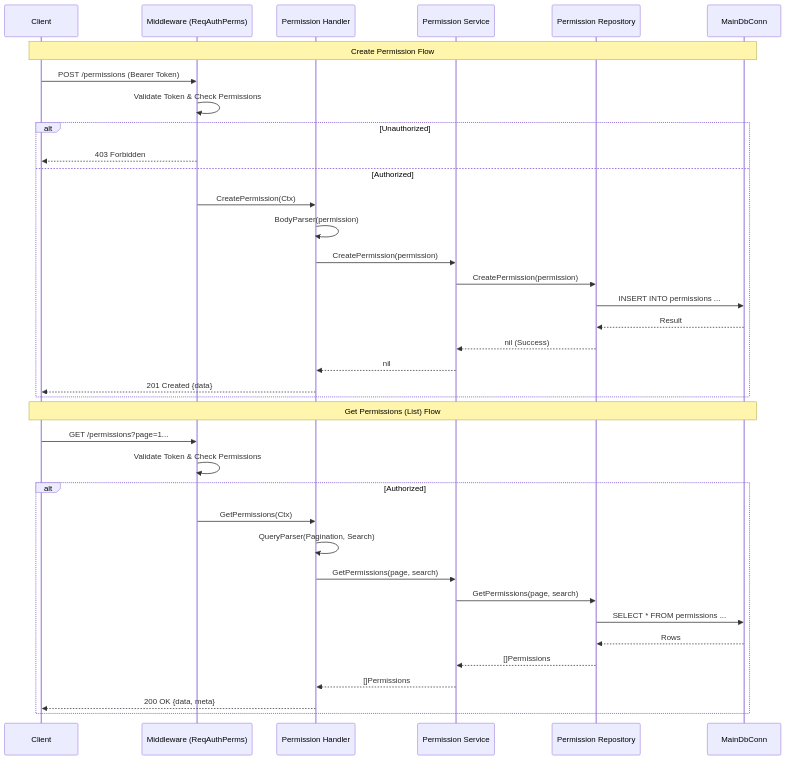
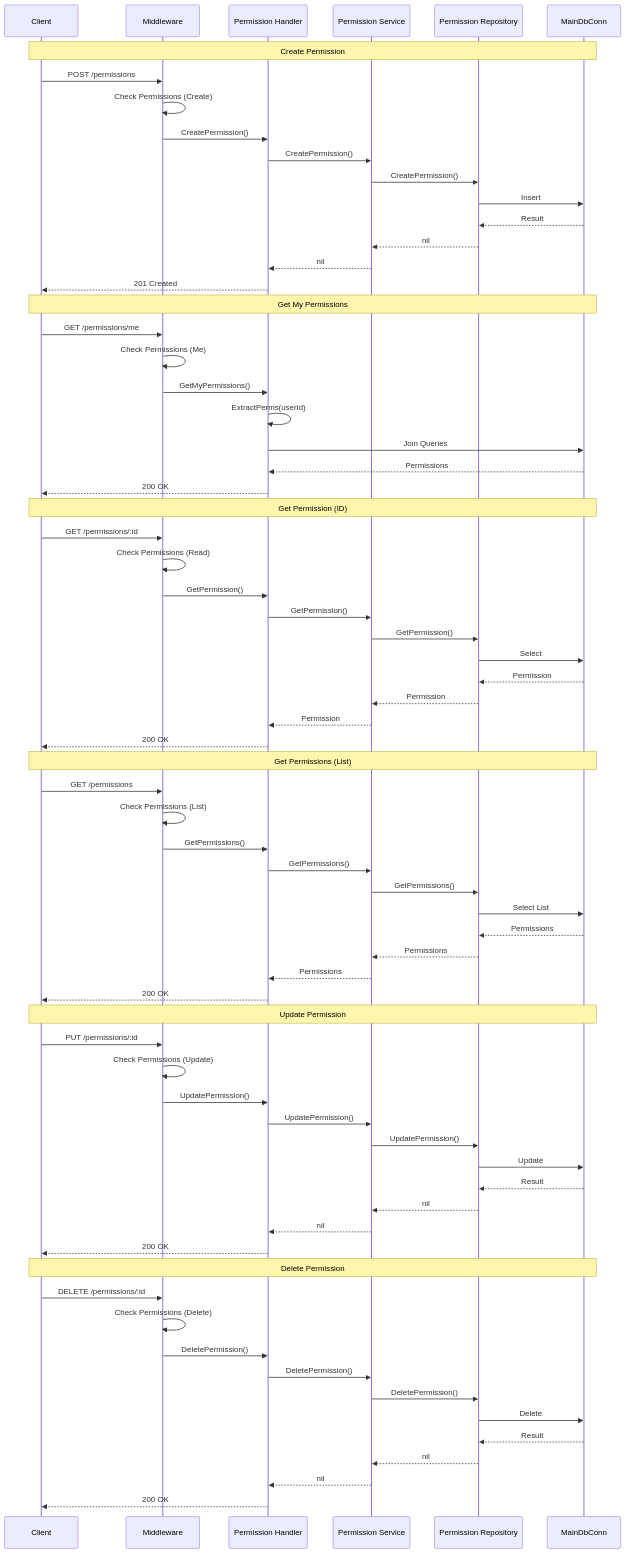
Before and after one commit to ChangerzaryX1602/sysware-test: the diagram in flow/permission_flow.md, drawn with Mermaid. The commit also changed 4 other files, not shown here.

Commit message:
feat: Add comprehensive CRUD sequence diagrams for roles, role permissions, and permissions, standardize flow structure, and introduce a new preview file.

````diff
--- a/flow/permission_flow.md
+++ b/flow/permission_flow.md
@@ -1,41 +1,78 @@
 ```mermaid
 sequenceDiagram
     participant Client
-    participant MW as Middleware (ReqAuthPerms)
+    participant MW as Middleware
     participant H as Permission Handler
     participant S as Permission Service
     participant R as Permission Repository
     participant DB as MainDbConn
 
-    note over Client, DB: Create Permission Flow
-    Client->>MW: POST /permissions (Bearer Token)
-    MW->>MW: Validate Token & Check Permissions
-    alt Unauthorized
-        MW-->>Client: 403 Forbidden
-    else Authorized
-        MW->>H: CreatePermission(Ctx)
-        H->>H: BodyParser(permission)
-        H->>S: CreatePermission(permission)
-        S->>R: CreatePermission(permission)
-        R->>DB: INSERT INTO permissions ...
-        DB-->>R: Result
-        R-->>S: nil (Success)
-        S-->>H: nil
-        H-->>Client: 201 Created {data}
-    end
+    note over Client, DB: Create Permission
+    Client->>MW: POST /permissions
+    MW->>MW: Check Permissions (Create)
+    MW->>H: CreatePermission()
+    H->>S: CreatePermission()
+    S->>R: CreatePermission()
+    R->>DB: Insert
+    DB-->>R: Result
+    R-->>S: nil
+    S-->>H: nil
+    H-->>Client: 201 Created
 
-    note over Client, DB: Get Permissions (List) Flow
-    Client->>MW: GET /permissions?page=1...
-    MW->>MW: Validate Token & Check Permissions
-    alt Authorized
-        MW->>H: GetPermissions(Ctx)
-        H->>H: QueryParser(Pagination, Search)
-        H->>S: GetPermissions(page, search)
-        S->>R: GetPermissions(page, search)
-        R->>DB: SELECT * FROM permissions ...
-        DB-->>R: Rows
-        R-->>S: []Permissions
-        S-->>H: []Permissions
-        H-->>Client: 200 OK {data, meta}
-    end
+    note over Client, DB: Get My Permissions
+    Client->>MW: GET /permissions/me
+    MW->>MW: Check Permissions (Me)
+    MW->>H: GetMyPermissions()
+    H->>H: ExtractPerms(userId)
+    H->>DB: Join Queries
+    DB-->>H: Permissions
+    H-->>Client: 200 OK
+
+    note over Client, DB: Get Permission (ID)
+    Client->>MW: GET /permissions/:id
+    MW->>MW: Check Permissions (Read)
+    MW->>H: GetPermission()
+    H->>S: GetPermission()
+    S->>R: GetPermission()
+    R->>DB: Select
+    DB-->>R: Permission
+    R-->>S: Permission
+    S-->>H: Permission
+    H-->>Client: 200 OK
+
+    note over Client, DB: Get Permissions (List)
+    Client->>MW: GET /permissions
+    MW->>MW: Check Permissions (List)
+    MW->>H: GetPermissions()
+    H->>S: GetPermissions()
+    S->>R: GetPermissions()
+    R->>DB: Select List
+    DB-->>R: Permissions
+    R-->>S: Permissions
+    S-->>H: Permissions
+    H-->>Client: 200 OK
+
+    note over Client, DB: Update Permission
+    Client->>MW: PUT /permissions/:id
+    MW->>MW: Check Permissions (Update)
+    MW->>H: UpdatePermission()
+    H->>S: UpdatePermission()
+    S->>R: UpdatePermission()
+    R->>DB: Update
+    DB-->>R: Result
+    R-->>S: nil
+    S-->>H: nil
+    H-->>Client: 200 OK
+
+    note over Client, DB: Delete Permission
+    Client->>MW: DELETE /permissions/:id
+    MW->>MW: Check Permissions (Delete)
+    MW->>H: DeletePermission()
+    H->>S: DeletePermission()
+    S->>R: DeletePermission()
+    R->>DB: Delete
+    DB-->>R: Result
+    R-->>S: nil
+    S-->>H: nil
+    H-->>Client: 200 OK
 ```
````
